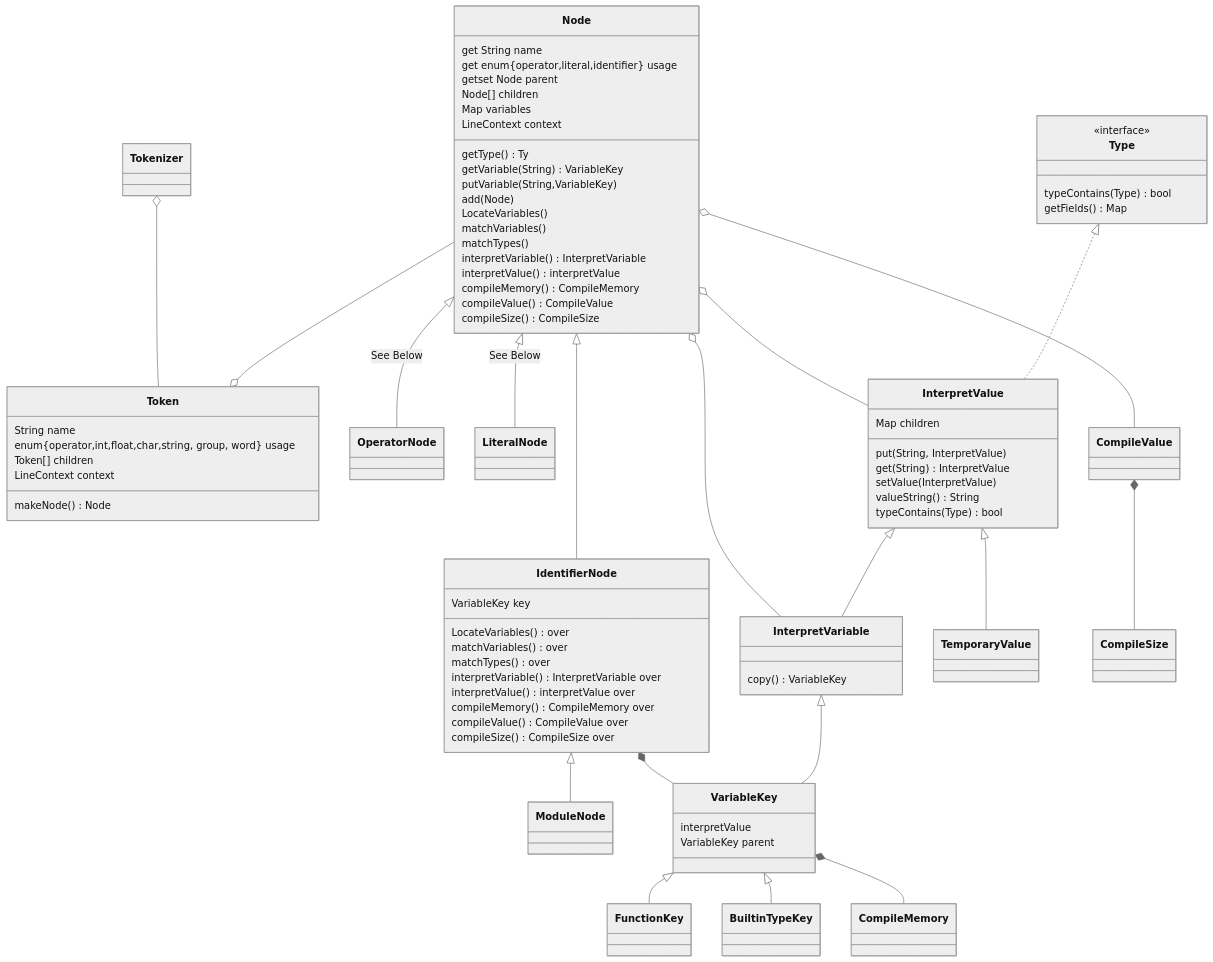
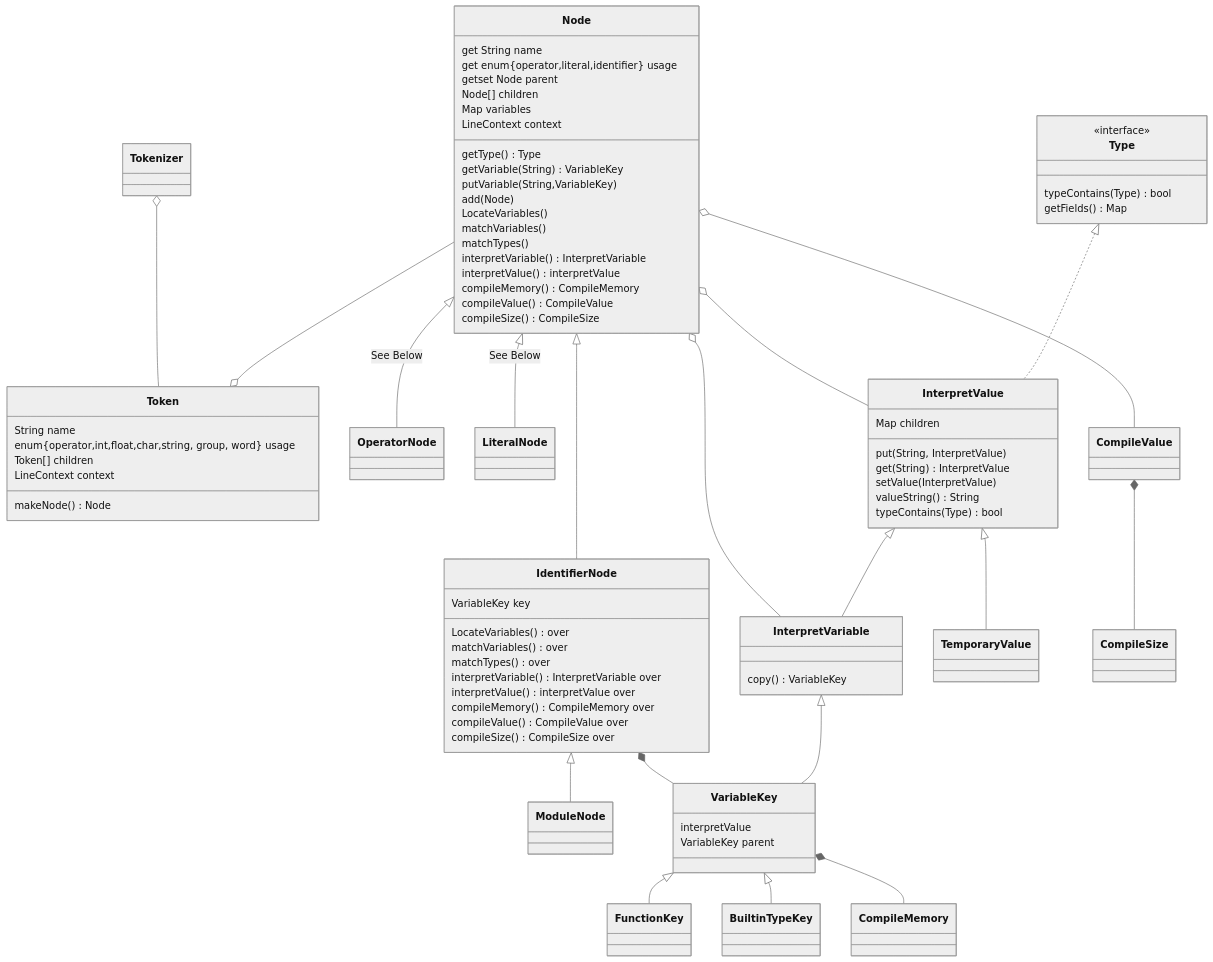
Before and after one commit to Jzhyang1/Monomer: the second of 5 diagrams in Implementation.md, drawn with Mermaid (neutral theme). The commit also changed other lines of this file, not shown here.

````diff
--- a/Implementation.md
+++ b/Implementation.md
@@ -76,73 +76,73 @@
 ```mermaid
 classDiagram
 Tokenizer o-- Token
 Node --o Token
 
 Node <|-- OperatorNode: See Below
 Node <|-- LiteralNode: See Below
 Node <|-- IdentifierNode
 Node o-- InterpretVariable
 Node o-- InterpretValue
 IdentifierNode <|-- ModuleNode
 IdentifierNode *-- VariableKey
 VariableKey <|-- FunctionKey
 VariableKey <|-- BuiltinTypeKey
 VariableKey *-- CompileMemory
 InterpretValue <|-- InterpretVariable
 InterpretValue <|-- TemporaryValue
 Type <|.. InterpretValue
 InterpretVariable <|-- VariableKey
 CompileValue *-- CompileSize
 Node o-- CompileValue
 
 Token: String name
 Token: enum{operator,int,float,char,string, group, word} usage
 Token: Token[] children
 Token: LineContext context
 Token: makeNode() Node
 
 Node: get String name
 Node: get enum{operator,literal,identifier} usage
 Node: getset Node parent
 Node: Node[] children
 Node: Map<String, VariableKey> variables
 Node: LineContext context
-Node: getType() Ty
+Node: getType() Type
 Node: getVariable(String) VariableKey
 Node: putVariable(String,VariableKey)
 Node: add(Node)
 Node: LocateVariables()
 Node: matchVariables()
 Node: matchTypes()
 Node: interpretVariable() InterpretVariable
 Node: interpretValue() interpretValue
 Node: compileMemory() CompileMemory
 Node: compileValue() CompileValue
 Node: compileSize() CompileSize
 
 IdentifierNode: VariableKey key
 IdentifierNode: LocateVariables() over
 IdentifierNode: matchVariables() over
 IdentifierNode: matchTypes() over
 IdentifierNode: interpretVariable() InterpretVariable over
 IdentifierNode: interpretValue() interpretValue over
 IdentifierNode: compileMemory() CompileMemory over
 IdentifierNode: compileValue() CompileValue over
 IdentifierNode: compileSize() CompileSize over
 
 InterpretValue: Map<String, InterpretValue> children
 InterpretValue: put(String, InterpretValue)
 InterpretValue: get(String) InterpretValue
 InterpretValue: setValue(InterpretValue)
 InterpretValue: valueString() String
 InterpretValue: typeContains(Type) bool
 
 InterpretVariable: copy() VariableKey
 
 VariableKey: interpretValue
 VariableKey: VariableKey parent
 
 <<interface>> Type
 Type: typeContains(Type) bool
 Type: getFields() Map<String,Type>
 ```
````
